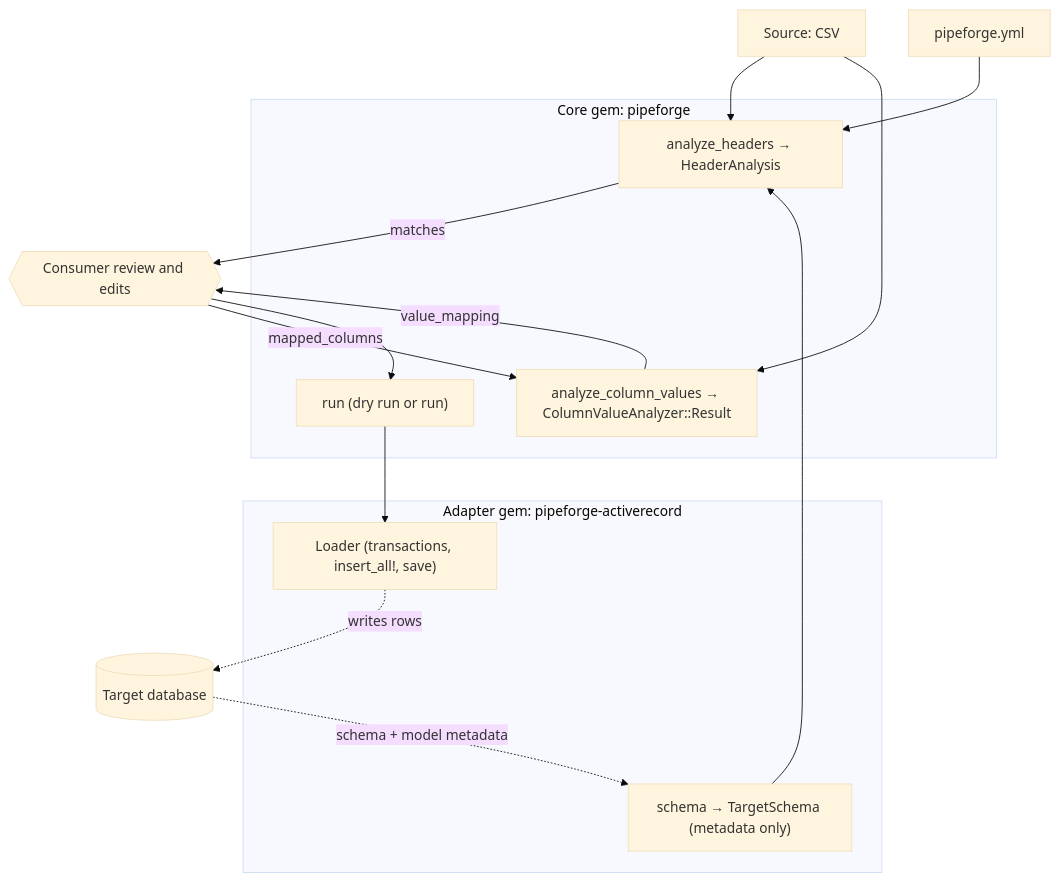
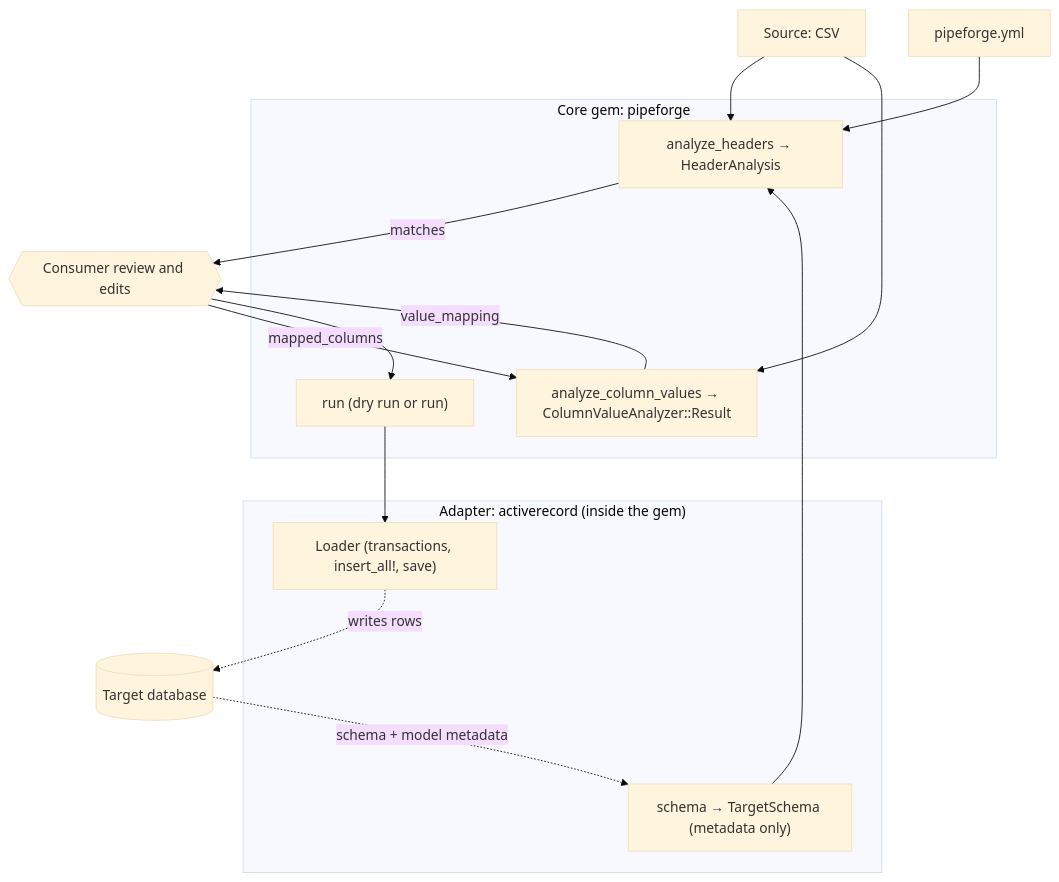
One commit to venkydev02/Pipeforge changed the first of 2 diagrams in docs/architecture/overview.md. Above: the diagram before and after it, drawn with Mermaid (base theme). The commit also changed other lines of this file and 20 other files, not shown here.

First line of the commit message:
Ship one gem that loads the adapter the settings name (#29)

````diff
--- a/docs/architecture/overview.md
+++ b/docs/architecture/overview.md
@@ -59,30 +59,30 @@
 ```mermaid
 flowchart TD
     Source[Source: CSV]
     DB[(Target database)]
     Config[pipeforge.yml]
 
     subgraph Core["Core gem: pipeforge"]
         Headers["analyze_headers → HeaderAnalysis"]
         Values["analyze_column_values → ColumnValueAnalyzer::Result"]
         Runtime["run (dry run or run)"]
     end
 
-    subgraph Adapter["Adapter gem: pipeforge-activerecord"]
+    subgraph Adapter["Adapter: activerecord (inside the gem)"]
         Schema["schema → TargetSchema (metadata only)"]
         Loader["Loader (transactions, insert_all!, save)"]
     end
 
     Consumer{{"Consumer review and edits"}}
 
     Source --> Headers
     DB -. "schema + model metadata" .-> Schema --> Headers
     Config --> Headers
     Headers -->|"matches"| Consumer
     Consumer -->|"mapped_columns"| Values
     Source --> Values
     Values -->|"value_mapping"| Consumer
     Consumer --> Runtime
     Runtime --> Loader
     Loader -. writes rows .-> DB
 ```
````
